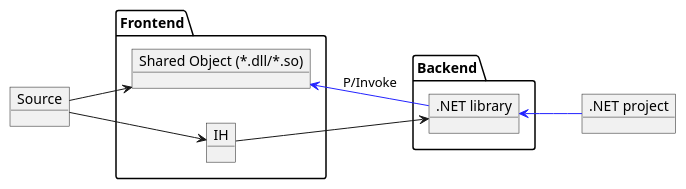
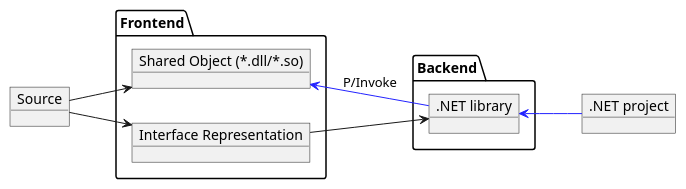
One commit to Sharp0802/lilac changed the third of 5 diagrams in docs/process.pu. Above: the diagram before and after it, drawn with PlantUML. The commit also changed other lines of this file and 10 other files, not shown here.

Commit message:
:bento: Update diagrams for docs

```diff
--- a/docs/process.pu
+++ b/docs/process.pu
@@ -66,27 +66,27 @@
 @startuml wrap_cxx_with_dotnet
 
 left to right direction
 
 package Frontend 
 {
     object "Shared Object (*.dll/*.so)" as Wrapper
-    object IH
+    object "Interface Representation" as IH
 }
 
 package Backend
 {
     object ".NET library" as Bridge
 }
 
 object Source
 object ".NET project" as Host
 
 Source --> Wrapper
 Source --> IH
 
 IH --> Bridge
 
 Bridge <-[#2222FF]- Host
 Wrapper <-[#2222FF]- Bridge : P/Invoke
 
 @enduml
```
